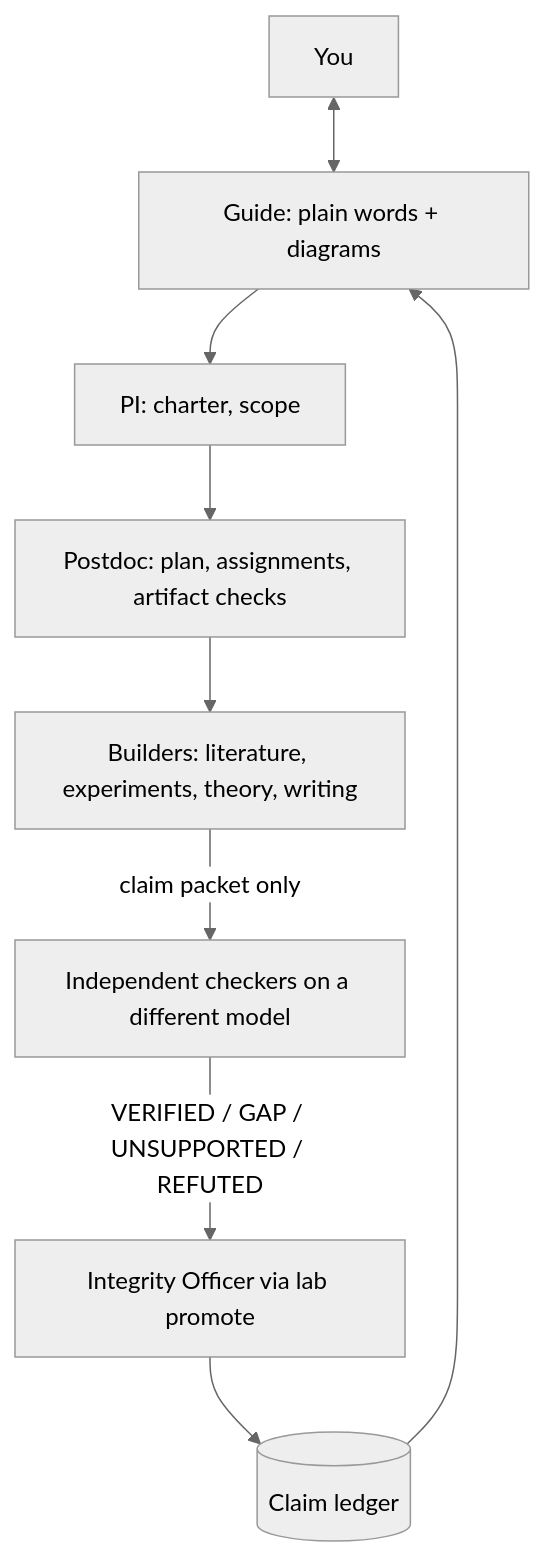
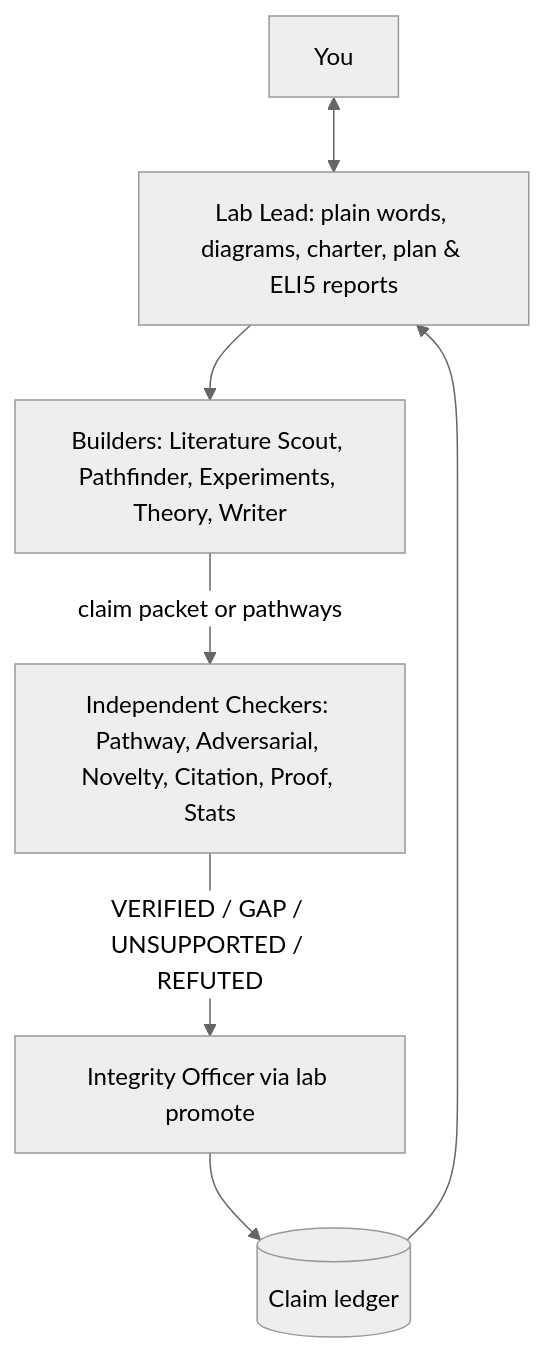
The diagram in README.md (Showerss/WeSearch), drawn with Mermaid (neutral theme) before and after one commit. The commit also changed other lines of this file and 16 other files, not shown here.

Commit message:
feat(lab-lead-swarm): unify lab-lead role, add Phase 0 scout, packet bridge, and ELI5 report check

````diff
--- a/README.md
+++ b/README.md
@@ -7,11 +7,9 @@
 ```mermaid
 flowchart TD
-  U[You] <--> G[Guide: plain words + diagrams]
-  G --> PI[PI: charter, scope]
-  PI --> PD[Postdoc: plan, assignments, artifact checks]
-  PD --> B[Builders: literature, experiments, theory, writing]
-  B -->|claim packet only| C[Independent checkers on a different model]
-  C -->|VERIFIED / GAP / UNSUPPORTED / REFUTED| IO[Integrity Officer via lab promote]
-  IO --> L[(Claim ledger)]
-  L --> G
+  U["You"] <--> LL["Lab Lead: plain words, diagrams, charter, plan & ELI5 reports"]
+  LL --> B["Builders: Literature Scout, Pathfinder, Experiments, Theory, Writer"]
+  B -->|claim packet or pathways| C["Independent Checkers: Pathway, Adversarial, Novelty, Citation, Proof, Stats"]
+  C -->|VERIFIED / GAP / UNSUPPORTED / REFUTED| IO["Integrity Officer via lab promote"]
+  IO --> L[("Claim ledger")]
+  L --> LL
 ```
````
